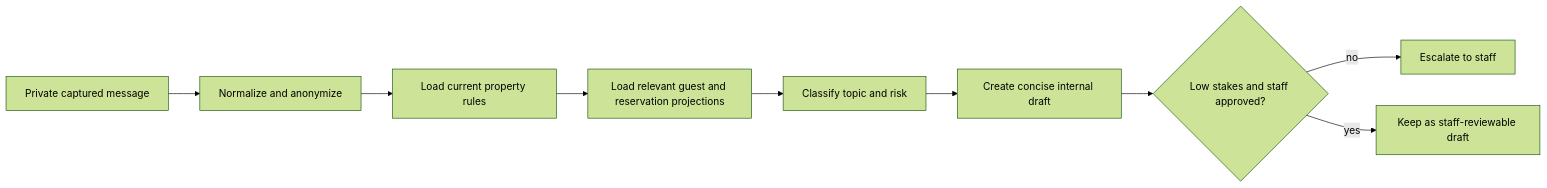
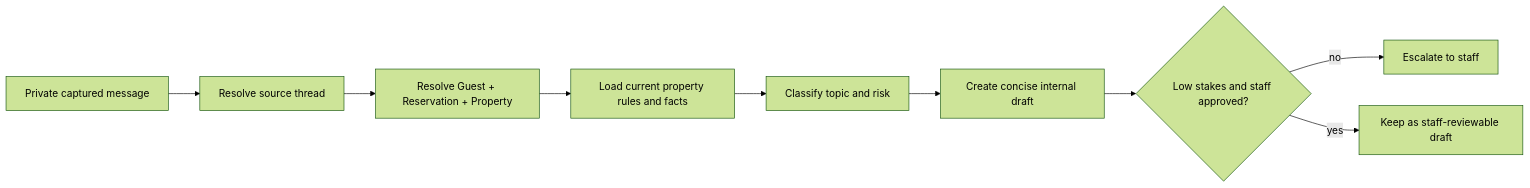
Before and after one commit to pzg8794/MLADIS: the third of 4 diagrams in docs/business/operations/airbnb-platform-behavior-map.md, drawn with Mermaid (forest theme). The commit also changed other lines of this file and 13 other files, not shown here.

Commit message:
docs/ops: apply Viber workflow and architecture review

````diff
--- a/docs/business/operations/airbnb-platform-behavior-map.md
+++ b/docs/business/operations/airbnb-platform-behavior-map.md
@@ -83,11 +91,11 @@
 ```mermaid
 flowchart LR
-  A[Private captured message] --> B[Normalize and anonymize]
-  B --> C[Load current property rules]
-  C --> D[Load relevant guest and reservation projections]
+  A[Private captured message] --> B[Resolve source thread]
+  B --> C[Resolve Guest + Reservation + Property]
+  C --> D[Load current property rules and facts]
   D --> E[Classify topic and risk]
   E --> F[Create concise internal draft]
   F --> G{Low stakes and staff approved?}
   G -- no --> H[Escalate to staff]
   G -- yes --> I[Keep as staff-reviewable draft]
 ```
````
